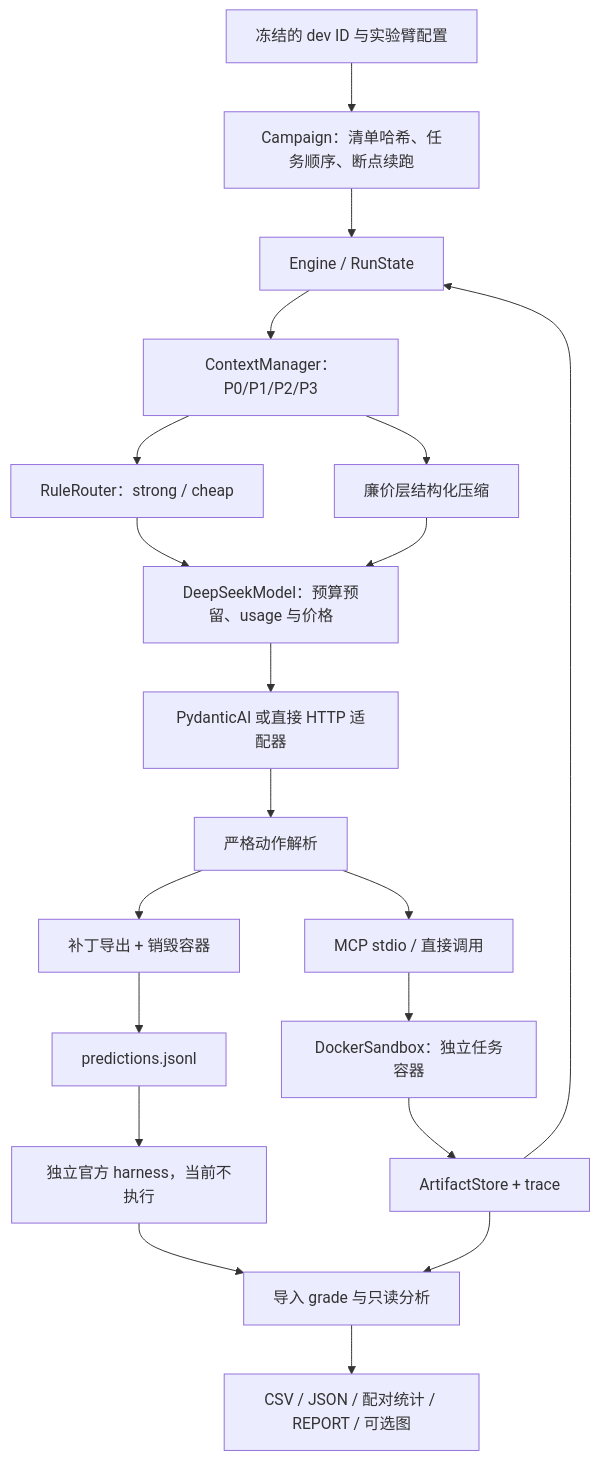
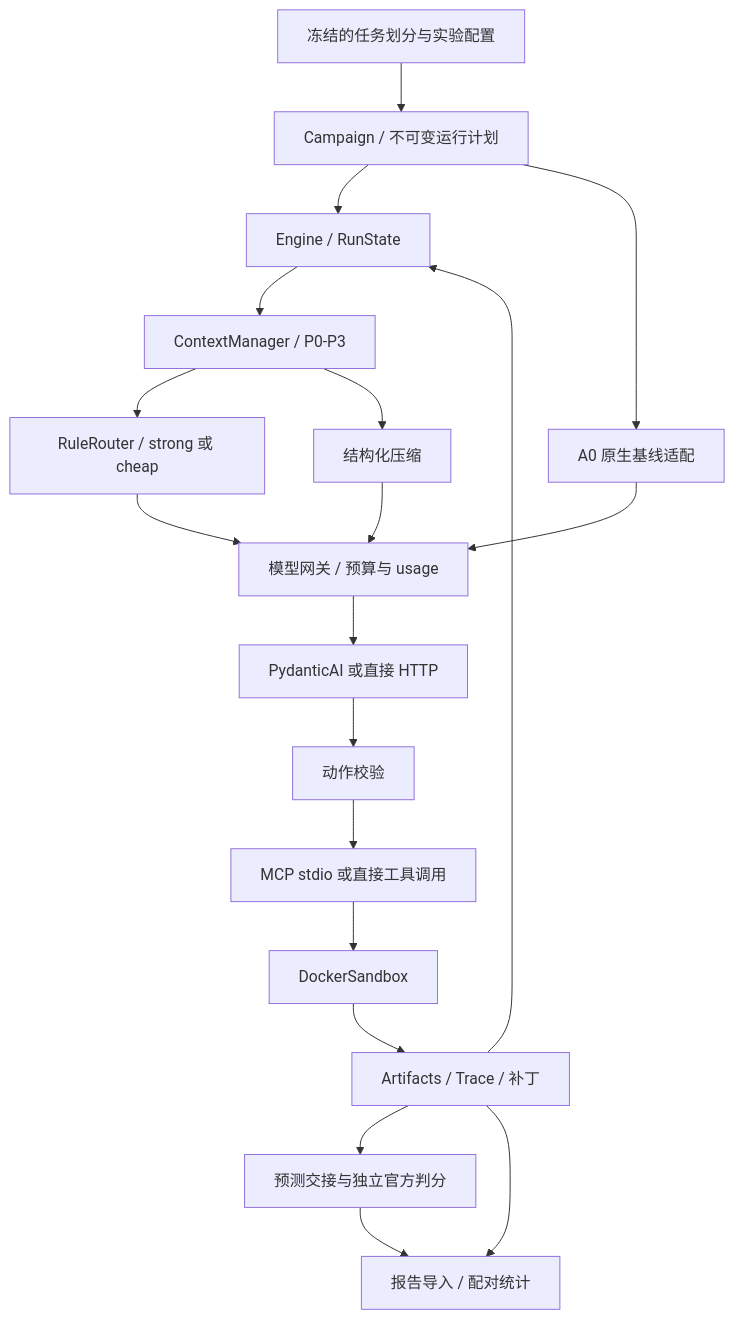
The diagram in docs/ARCHITECTURE.md (wuzhao321/ctxroute), drawn with Mermaid before and after one commit. The commit also changed other lines of this file and 397 other files, not shown here.

Commit message:
Present project purpose and architecture; keep development context local

````diff
--- a/docs/ARCHITECTURE.md
+++ b/docs/ARCHITECTURE.md
@@ -5,22 +5,21 @@
 ```mermaid
 flowchart TD
-    A[冻结的 dev ID 与实验臂配置] --> B[Campaign：清单哈希、任务顺序、断点续跑]
+    A[冻结的任务划分与实验配置] --> B[Campaign / 不可变运行计划]
     B --> C[Engine / RunState]
-    C --> D[ContextManager：P0/P1/P2/P3]
-    D --> E[RuleRouter：strong / cheap]
-    E --> F[DeepSeekModel：预算预留、usage 与价格]
-    F --> G[PydanticAI 或直接 HTTP 适配器]
-    G --> H[严格动作解析]
-    H --> I[MCP stdio / 直接调用]
-    I --> J[DockerSandbox：独立任务容器]
-    J --> K[ArtifactStore + trace]
+    B --> N[A0 原生基线适配]
+    C --> D[ContextManager / P0-P3]
+    D --> E[RuleRouter / strong 或 cheap]
+    E --> F[模型网关 / 预算与 usage]
+    N --> F
+    F --> G[PydanticAI 或直接 HTTP]
+    G --> H[动作校验]
+    H --> I[MCP stdio 或直接工具调用]
+    I --> J[DockerSandbox]
+    J --> K[Artifacts / Trace / 补丁]
     K --> C
-    D --> L[廉价层结构化压缩]
+    D --> L[结构化压缩]
     L --> F
-    H --> M[补丁导出 + 销毁容器]
-    M --> N[predictions.jsonl]
-    N --> O[独立官方 harness，当前不执行]
-    O --> P[导入 grade 与只读分析]
-    K --> P
-    P --> Q[CSV / JSON / 配对统计 / REPORT / 可选图]
+    K --> M[预测交接与独立官方判分]
+    M --> O[报告导入 / 配对统计]
+    K --> O
 ```
````
